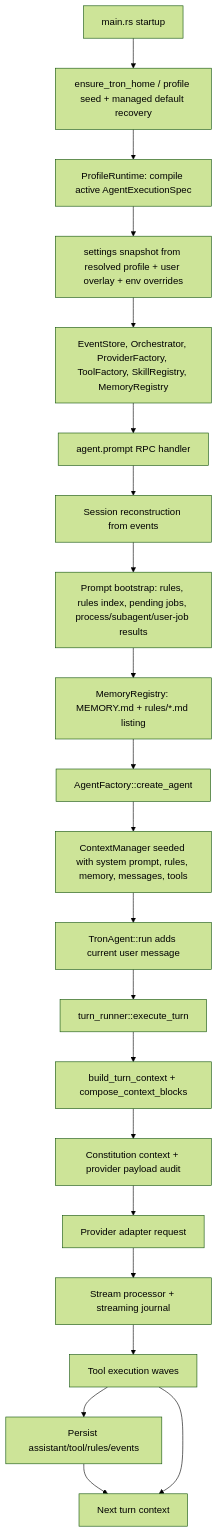
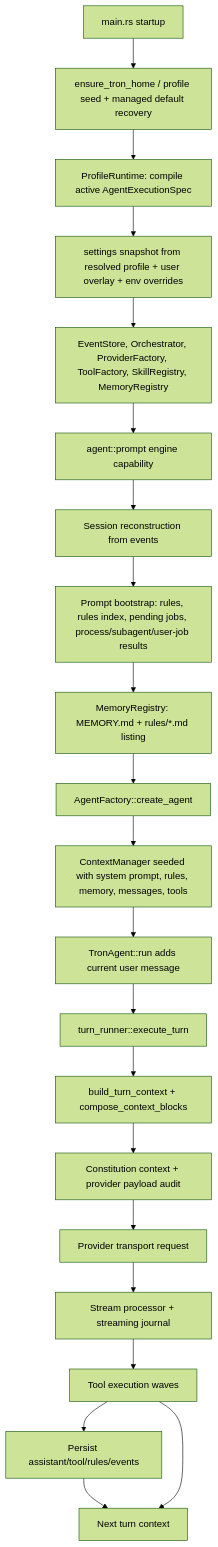
One commit to mhismail3/tron changed the diagram in packages/agent/docs/context-architecture.md. Above: the diagram before and after it, drawn with Mermaid (forest theme). The commit also changed other lines of this file and 110 other files, not shown here.

Commit message:
Harden pure engine transport boundary

````diff
--- a/packages/agent/docs/context-architecture.md
+++ b/packages/agent/docs/context-architecture.md
@@ -36,23 +36,23 @@
 ```mermaid
 flowchart TD
     Start["main.rs startup"] --> Home["ensure_tron_home / profile seed + managed default recovery"]
     Home --> ProfileRuntime["ProfileRuntime: compile active AgentExecutionSpec"]
     ProfileRuntime --> Settings["settings snapshot from resolved profile + user overlay + env overrides"]
     Settings --> Services["EventStore, Orchestrator, ProviderFactory, ToolFactory, SkillRegistry, MemoryRegistry"]
-    Services --> RPC["agent.prompt RPC handler"]
-    RPC --> Reconstruct["Session reconstruction from events"]
+    Services --> PromptCap["agent::prompt engine capability"]
+    PromptCap --> Reconstruct["Session reconstruction from events"]
     Reconstruct --> Bootstrap["Prompt bootstrap: rules, rules index, pending jobs, process/subagent/user-job results"]
     Bootstrap --> Memory["MemoryRegistry: MEMORY.md + rules/*.md listing"]
     Memory --> AgentFactory["AgentFactory::create_agent"]
     AgentFactory --> ContextManager["ContextManager seeded with system prompt, rules, memory, messages, tools"]
     ContextManager --> UserMessage["TronAgent::run adds current user message"]
     UserMessage --> Turn["turn_runner::execute_turn"]
     Turn --> Compose["build_turn_context + compose_context_blocks"]
     Compose --> Audit["Constitution context + provider payload audit"]
-    Audit --> Provider["Provider adapter request"]
+    Audit --> Provider["Provider transport request"]
     Provider --> Stream["Stream processor + streaming journal"]
     Stream --> Tools["Tool execution waves"]
     Tools --> Events["Persist assistant/tool/rules/events"]
     Events --> Next["Next turn context"]
     Tools --> Next
 ```
````
